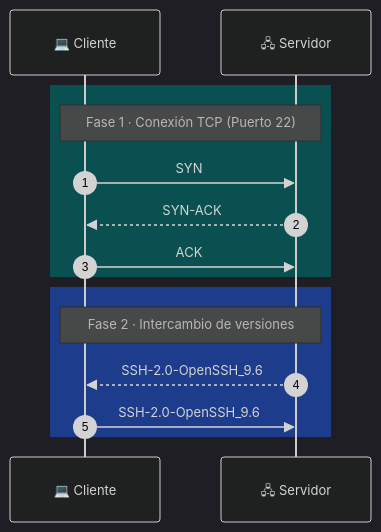
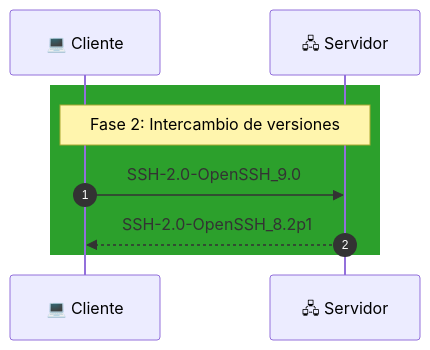
The second of 4 diagrams in handshake.qmd (acapovilla/ssh-presentation), drawn with Mermaid before and after one commit. The commit also changed other lines of this file and 5 other files, not shown here.

````diff
--- a/handshake.qmd
+++ b/handshake.qmd
@@ -28,19 +64,20 @@
 ```{mermaid}
-%%{init: {'fontSize': 13, 'theme': 'dark'}}%%
+%%| fig-align: center
+---
+displayMode: compact
+config:
+  htmlLabels: false
+---
+
+
 sequenceDiagram
     autonumber
     participant C as 💻 Cliente
     participant S as 🖧 Servidor
 
-    rect rgb(10, 80, 80)
-        note over C,S: Fase 1 · Conexión TCP (Puerto 22)
-        C->>S: SYN
-        S-->>C: SYN-ACK
-        C->>S: ACK
-    end
-    rect rgb(30, 60, 140)
-        note over C,S: Fase 2 · Intercambio de versiones
-        S-->>C: SSH-2.0-OpenSSH_9.6
-        C->>S: SSH-2.0-OpenSSH_9.6
+    rect rgb(44, 160, 44)
+        note over C,S: Fase 2: Intercambio de versiones
+        C->>S: SSH-2.0-OpenSSH_9.0
+        S-->>C: SSH-2.0-OpenSSH_8.2p1
     end
 ```
````
